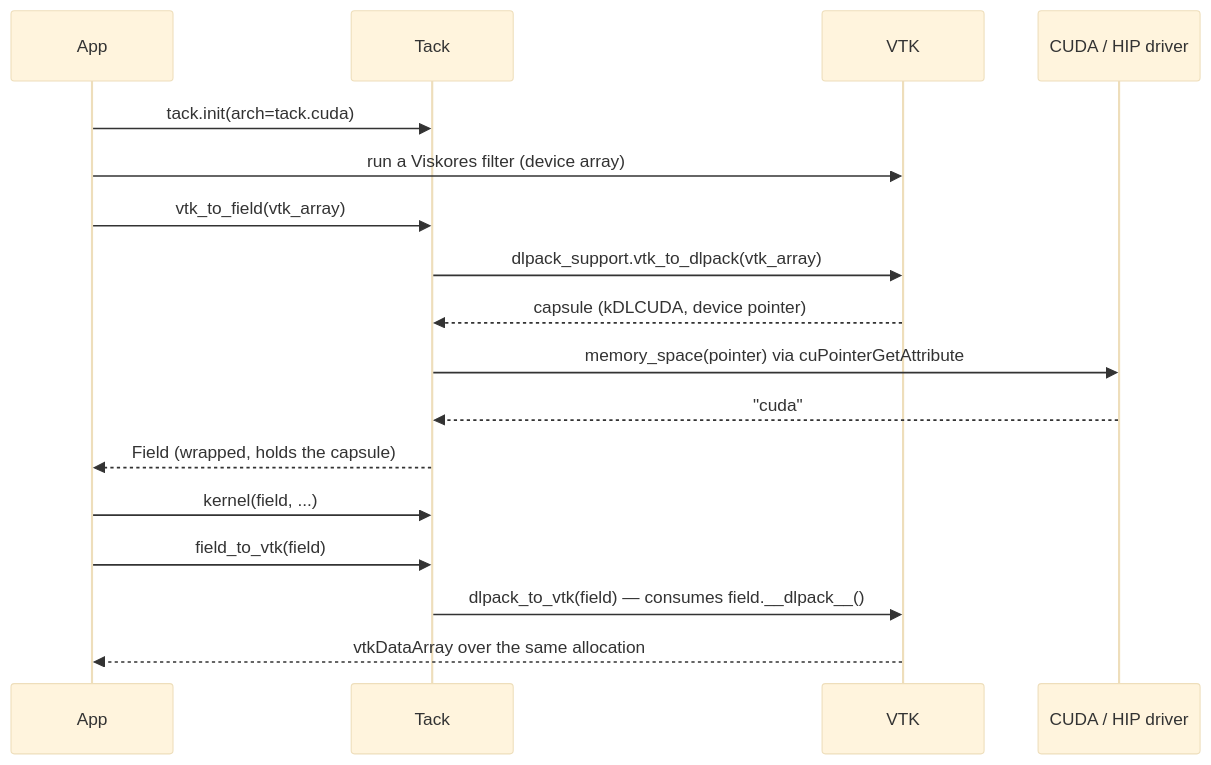
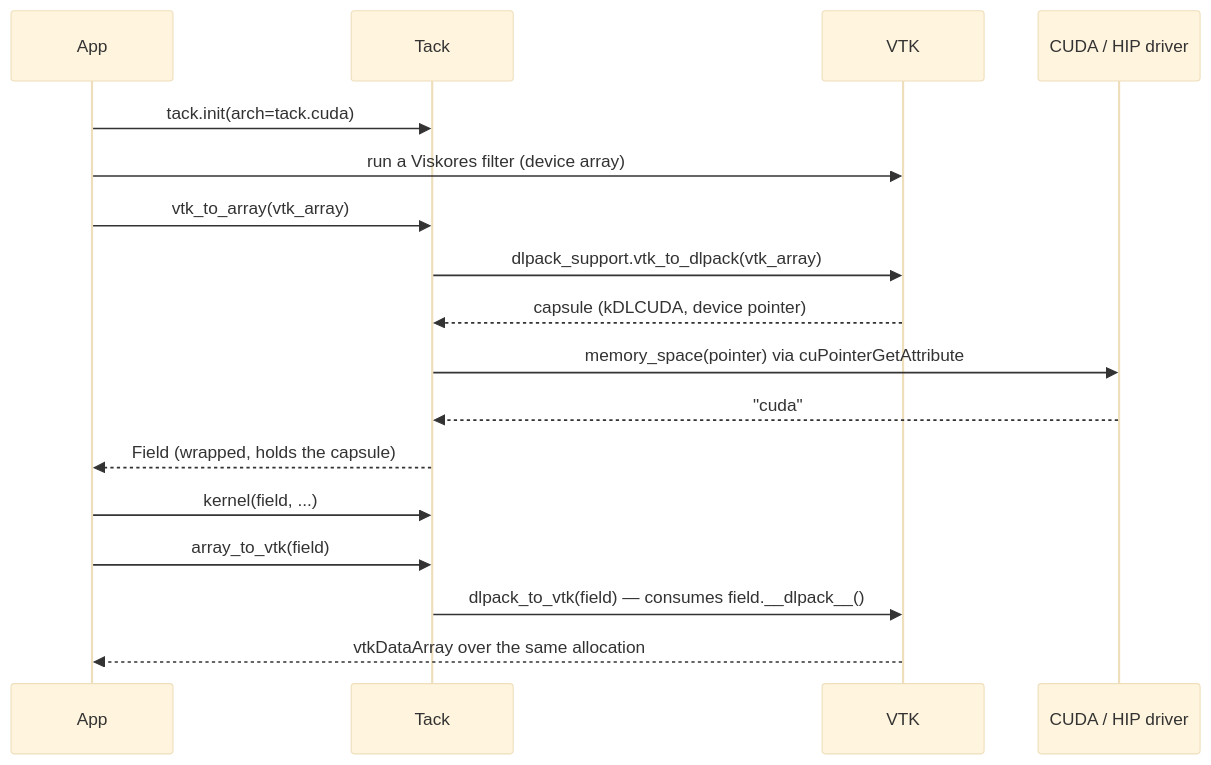
One commit to berkgeveci/tack changed the first of 2 diagrams in docs/design/interoperability.md. Above: the diagram before and after it, drawn with Mermaid (base theme). The commit also changed other lines of this file and 280 other files, not shown here.

````diff
--- a/docs/design/interoperability.md
+++ b/docs/design/interoperability.md
@@ -262,19 +262,19 @@
 ```mermaid
 sequenceDiagram
     participant App
     participant Tack
     participant VTK
     participant Driver as CUDA / HIP driver
     App->>Tack: tack.init(arch=tack.cuda)
     App->>VTK: run a Viskores filter (device array)
-    App->>Tack: vtk_to_field(vtk_array)
+    App->>Tack: vtk_to_array(vtk_array)
     Tack->>VTK: dlpack_support.vtk_to_dlpack(vtk_array)
     VTK-->>Tack: capsule (kDLCUDA, device pointer)
     Tack->>Driver: memory_space(pointer) via cuPointerGetAttribute
     Driver-->>Tack: "cuda"
     Tack-->>App: Field (wrapped, holds the capsule)
     App->>Tack: kernel(field, ...)
-    App->>Tack: field_to_vtk(field)
+    App->>Tack: array_to_vtk(field)
     Tack->>VTK: dlpack_to_vtk(field) — consumes field.__dlpack__()
     VTK-->>App: vtkDataArray over the same allocation
 ```
````
